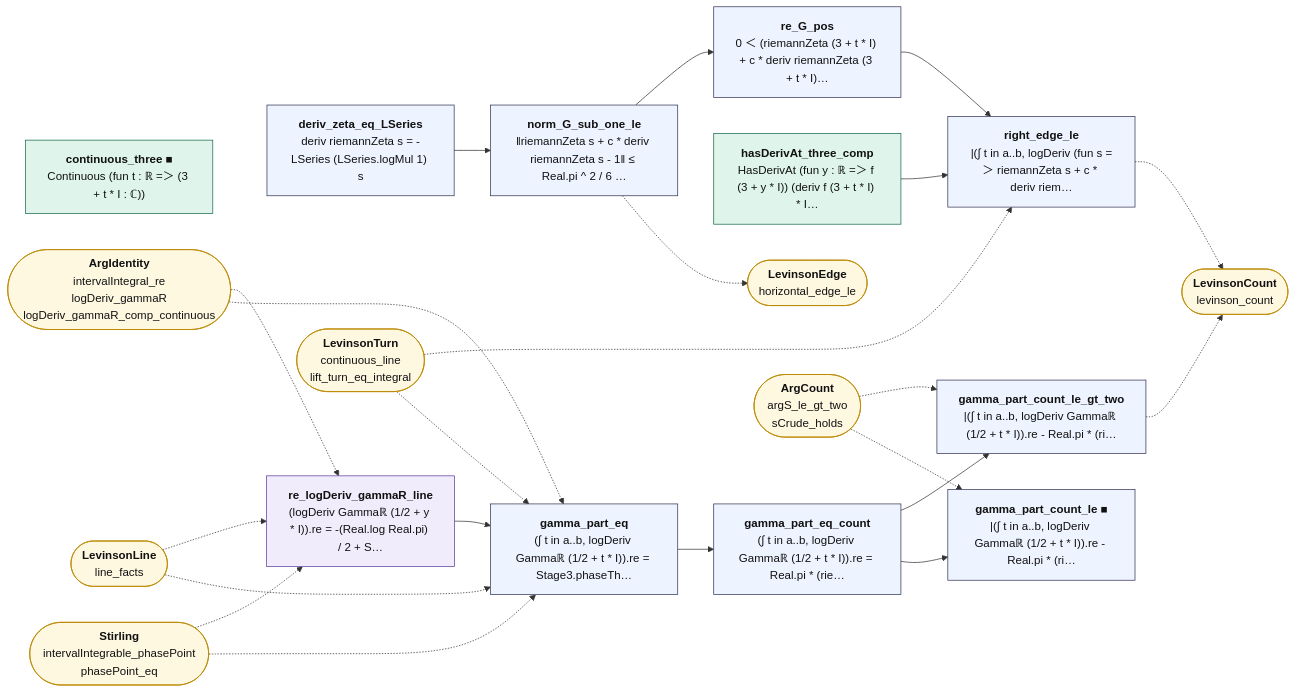
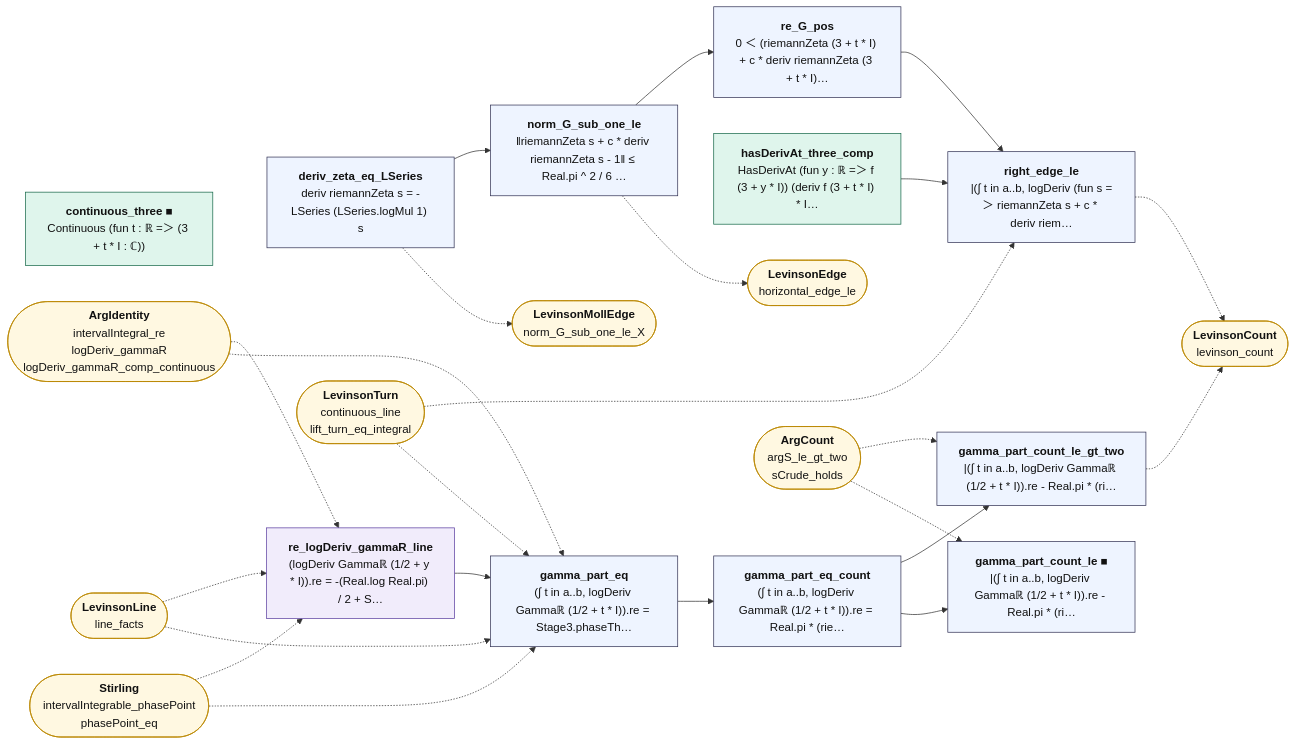
One commit to juliansambranojr/Primebeat_081426 changed the diagram in map/lean_stage3/LevinsonSize.mmd. Above: the diagram before and after it, drawn with Mermaid. The commit also changed 21 other files, not shown here.

```diff
--- a/map/lean_stage3/LevinsonSize.mmd
+++ b/map/lean_stage3/LevinsonSize.mmd
@@ -1,48 +1,50 @@
 flowchart LR
   n0["<b>deriv_zeta_eq_LSeries</b><br/>deriv riemannZeta s = -LSeries (LSeries.logMul 1) s"]:::thm
   n1["<b>norm_G_sub_one_le</b><br/>‖riemannZeta s + c * deriv riemannZeta s - 1‖ ≤ Real.pi ^ 2 / 6 …"]:::thm
   n2["<b>re_G_pos</b><br/>0 ＜ (riemannZeta (3 + t * I) + c * deriv riemannZeta (3 + t * I)…"]:::thm
   n3["<b>hasDerivAt_three_comp</b><br/>HasDerivAt (fun y : ℝ =＞ f (3 + y * I)) (deriv f (3 + t * I) * I…"]:::cnt
   n4["<b>continuous_three ■</b><br/>Continuous (fun t : ℝ =＞ (3 + t * I : ℂ))"]:::cnt
   n5["<b>right_edge_le</b><br/>|(∫ t in a..b, logDeriv (fun s =＞ riemannZeta s + c * deriv riem…"]:::thm
   n6["<b>re_logDeriv_gammaR_line</b><br/>(logDeriv Gammaℝ (1/2 + y * I)).re = -(Real.log Real.pi) / 2 + S…"]:::shp
   n7["<b>gamma_part_eq</b><br/>(∫ t in a..b, logDeriv Gammaℝ (1/2 + t * I)).re = Stage3.phaseTh…"]:::thm
   n8["<b>gamma_part_eq_count</b><br/>(∫ t in a..b, logDeriv Gammaℝ (1/2 + t * I)).re = Real.pi * (rie…"]:::thm
   n9["<b>gamma_part_count_le ■</b><br/>|(∫ t in a..b, logDeriv Gammaℝ (1/2 + t * I)).re - Real.pi * (ri…"]:::thm
   n10["<b>gamma_part_count_le_gt_two</b><br/>|(∫ t in a..b, logDeriv Gammaℝ (1/2 + t * I)).re - Real.pi * (ri…"]:::thm
-  x0(["<b>LevinsonEdge</b><br/>horizontal_edge_le"]):::ext
-  x1(["<b>LevinsonTurn</b><br/>continuous_line<br/>lift_turn_eq_integral"]):::ext
-  x2(["<b>LevinsonCount</b><br/>levinson_count"]):::ext
-  x3(["<b>ArgIdentity</b><br/>intervalIntegral_re<br/>logDeriv_gammaR<br/>logDeriv_gammaR_comp_continuous"]):::ext
-  x4(["<b>LevinsonLine</b><br/>line_facts"]):::ext
-  x5(["<b>Stirling</b><br/>intervalIntegrable_phasePoint<br/>phasePoint_eq"]):::ext
-  x6(["<b>ArgCount</b><br/>argS_le_gt_two<br/>sCrude_holds"]):::ext
+  x0(["<b>LevinsonMollEdge</b><br/>norm_G_sub_one_le_X"]):::ext
+  x1(["<b>LevinsonEdge</b><br/>horizontal_edge_le"]):::ext
+  x2(["<b>LevinsonTurn</b><br/>continuous_line<br/>lift_turn_eq_integral"]):::ext
+  x3(["<b>LevinsonCount</b><br/>levinson_count"]):::ext
+  x4(["<b>ArgIdentity</b><br/>intervalIntegral_re<br/>logDeriv_gammaR<br/>logDeriv_gammaR_comp_continuous"]):::ext
+  x5(["<b>LevinsonLine</b><br/>line_facts"]):::ext
+  x6(["<b>Stirling</b><br/>intervalIntegrable_phasePoint<br/>phasePoint_eq"]):::ext
+  x7(["<b>ArgCount</b><br/>argS_le_gt_two<br/>sCrude_holds"]):::ext
   n0 --> n1
   n1 --> n2
   n2 --> n5
   n3 --> n5
   n6 --> n7
   n7 --> n8
   n8 --> n10
   n8 --> n9
-  n1 -.-> x0
-  n10 -.-> x2
-  n5 -.-> x2
-  x1 -.-> n5
-  x1 -.-> n7
-  x3 -.-> n6
-  x3 -.-> n7
+  n0 -.-> x0
+  n1 -.-> x1
+  n10 -.-> x3
+  n5 -.-> x3
+  x2 -.-> n5
+  x2 -.-> n7
   x4 -.-> n6
   x4 -.-> n7
   x5 -.-> n6
   x5 -.-> n7
-  x6 -.-> n10
-  x6 -.-> n9
+  x6 -.-> n6
+  x6 -.-> n7
+  x7 -.-> n10
+  x7 -.-> n9
   classDef cnt fill:#dff5ec,stroke:#17694a,color:#111
   classDef shp fill:#f1ecfb,stroke:#5b3fa0,color:#111
   classDef rh fill:#ffe5e5,stroke:#c22,color:#111,stroke-width:2px
   classDef thm fill:#eef4ff,stroke:#335,color:#111
   classDef end_ fill:#e7f7e7,stroke:#2a7,color:#111,stroke-width:2px
   classDef lone fill:#fff,stroke:#999,color:#111,stroke-dasharray:4 3
   classDef bad fill:#ffe5e5,stroke:#c22,color:#111,stroke-width:2px
   classDef ext fill:#fff8e1,stroke:#b80,color:#111
```
